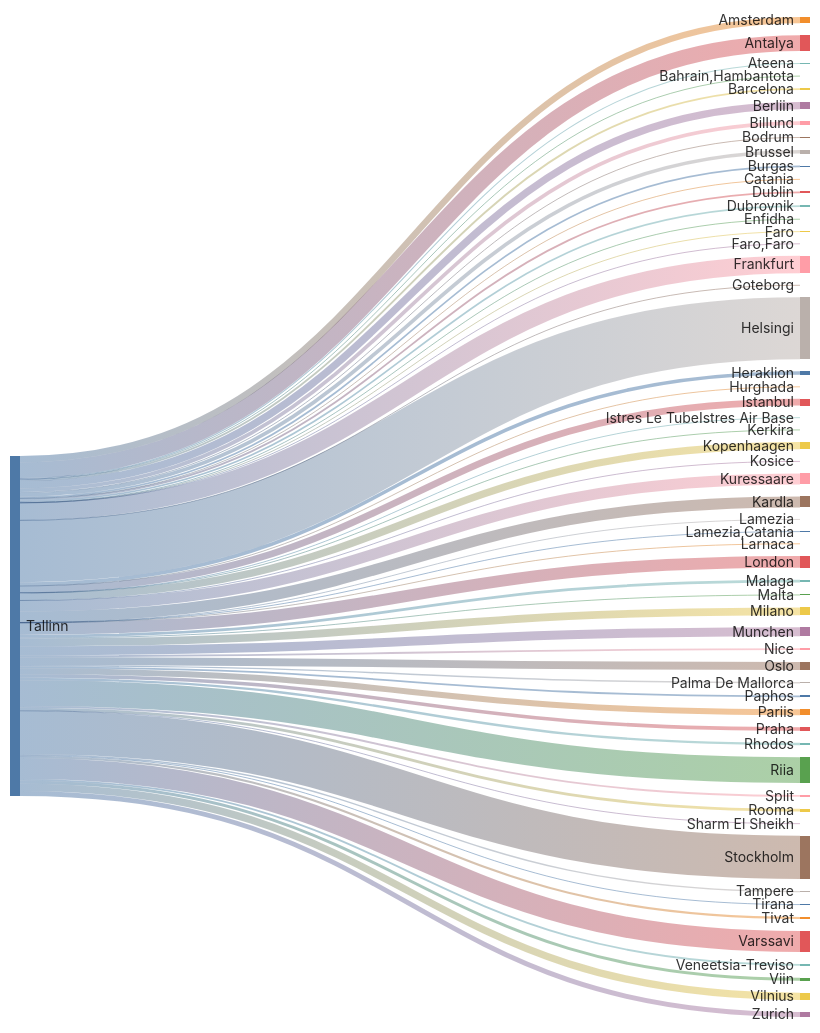
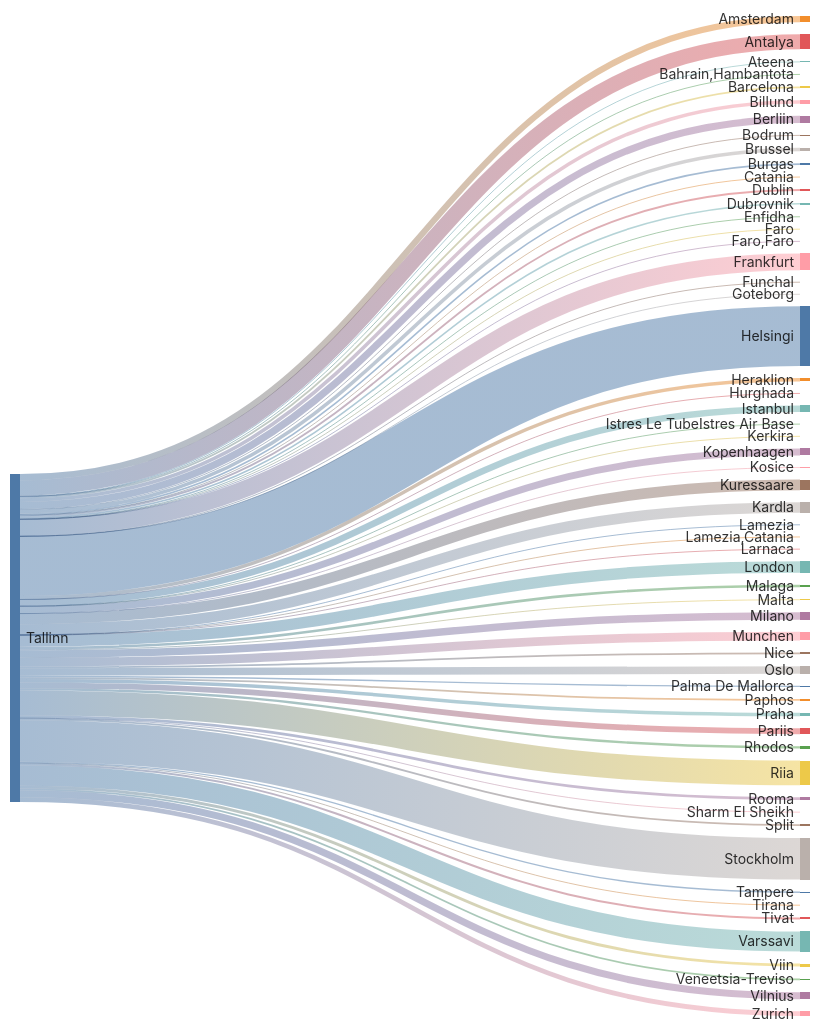
The second of 2 diagrams in README.md (rainermesi/tll-airport-departures), drawn with Mermaid before and after one commit. The commit also changed other lines of this file, not shown here.

````diff
--- a/README.md
+++ b/README.md
@@ -34,69 +34,70 @@
 ```mermaid
 ---
 config:
   sankey:
     showValues: false
     width: 800
     height: 1000
 ---
 sankey-beta
 %% source,target,value
-Tallinn,Amsterdam,80
-Tallinn,Antalya,196
+Tallinn,Amsterdam,81
+Tallinn,Antalya,199
 Tallinn,Ateena,13
 Tallinn,"Bahrain,Hambantota",1
-Tallinn,Barcelona,23
-Tallinn,Berliin,92
-Tallinn,Billund,46
+Tallinn,Barcelona,24
+Tallinn,Berliin,93
+Tallinn,Billund,47
 Tallinn,Bodrum,11
-Tallinn,Brussel,46
+Tallinn,Brussel,47
 Tallinn,Burgas,21
 Tallinn,Catania,2
-Tallinn,Dublin,23
+Tallinn,Dublin,24
 Tallinn,Dubrovnik,21
 Tallinn,Enfidha,6
 Tallinn,Faro,4
 Tallinn,"Faro,Faro",1
-Tallinn,Frankfurt,217
+Tallinn,Frankfurt,220
+Tallinn,Funchal,1
 Tallinn,Goteborg,1
-Tallinn,Helsingi,772
+Tallinn,Helsingi,782
 Tallinn,Heraklion,45
 Tallinn,Hurghada,1
-Tallinn,Istanbul,84
+Tallinn,Istanbul,86
 Tallinn,Istres Le TubeIstres Air Base,2
 Tallinn,Kerkira,4
-Tallinn,Kopenhaagen,91
+Tallinn,Kopenhaagen,92
 Tallinn,Kosice,1
-Tallinn,Kuressaare,137
-Tallinn,Kardla,137
+Tallinn,Kuressaare,139
+Tallinn,Kardla,139
 Tallinn,Lamezia,1
 Tallinn,"Lamezia,Catania",3
 Tallinn,Larnaca,2
-Tallinn,London,148
+Tallinn,London,150
 Tallinn,Malaga,34
 Tallinn,Malta,12
-Tallinn,Milano,97
-Tallinn,Munchen,113
+Tallinn,Milano,99
+Tallinn,Munchen,114
 Tallinn,Nice,23
-Tallinn,Oslo,98
+Tallinn,Oslo,99
 Tallinn,Palma De Mallorca,18
-Tallinn,Paphos,22
-Tallinn,Pariis,75
-Tallinn,Praha,45
-Tallinn,Rhodos,30
-Tallinn,Riia,321
-Tallinn,Rooma,35
+Tallinn,Paphos,23
+Tallinn,Pariis,76
+Tallinn,Praha,46
+Tallinn,Rhodos,31
+Tallinn,Riia,325
+Tallinn,Rooma,36
 Tallinn,Sharm El Sheikh,3
-Tallinn,Split,23
-Tallinn,Stockholm,538
+Tallinn,Split,24
+Tallinn,Stockholm,544
 Tallinn,Tampere,17
 Tallinn,Tirana,8
 Tallinn,Tivat,26
-Tallinn,Varssavi,261
+Tallinn,Varssavi,264
 Tallinn,Veneetsia-Treviso,23
-Tallinn,Viin,37
-Tallinn,Vilnius,91
-Tallinn,Zurich,61
+Tallinn,Viin,38
+Tallinn,Vilnius,92
+Tallinn,Zurich,62
 
 
 ```
````
